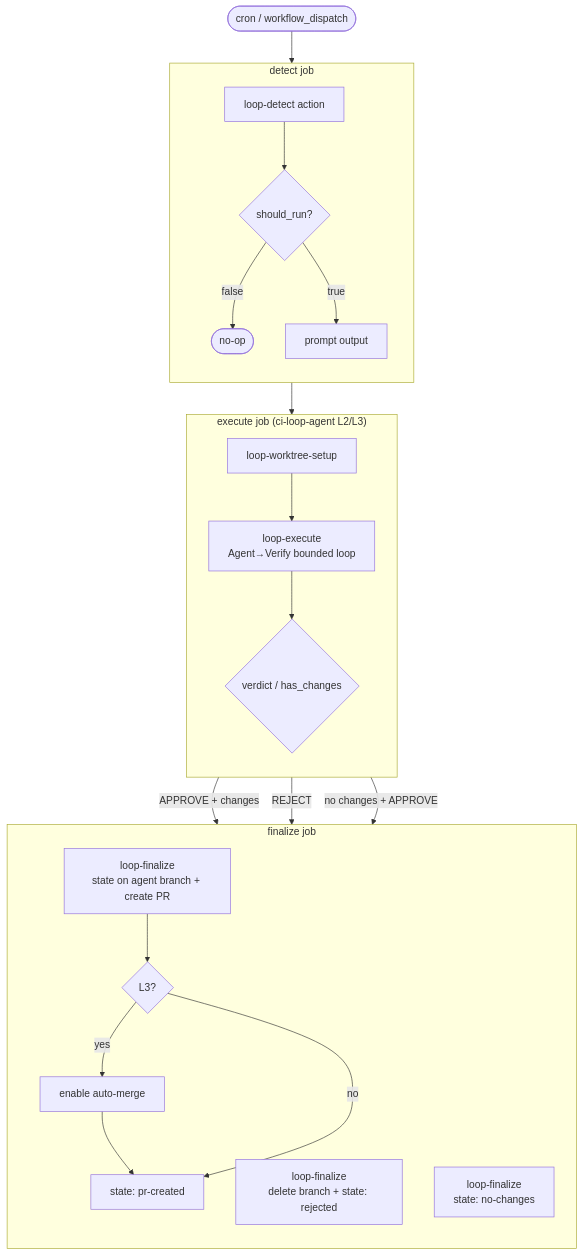
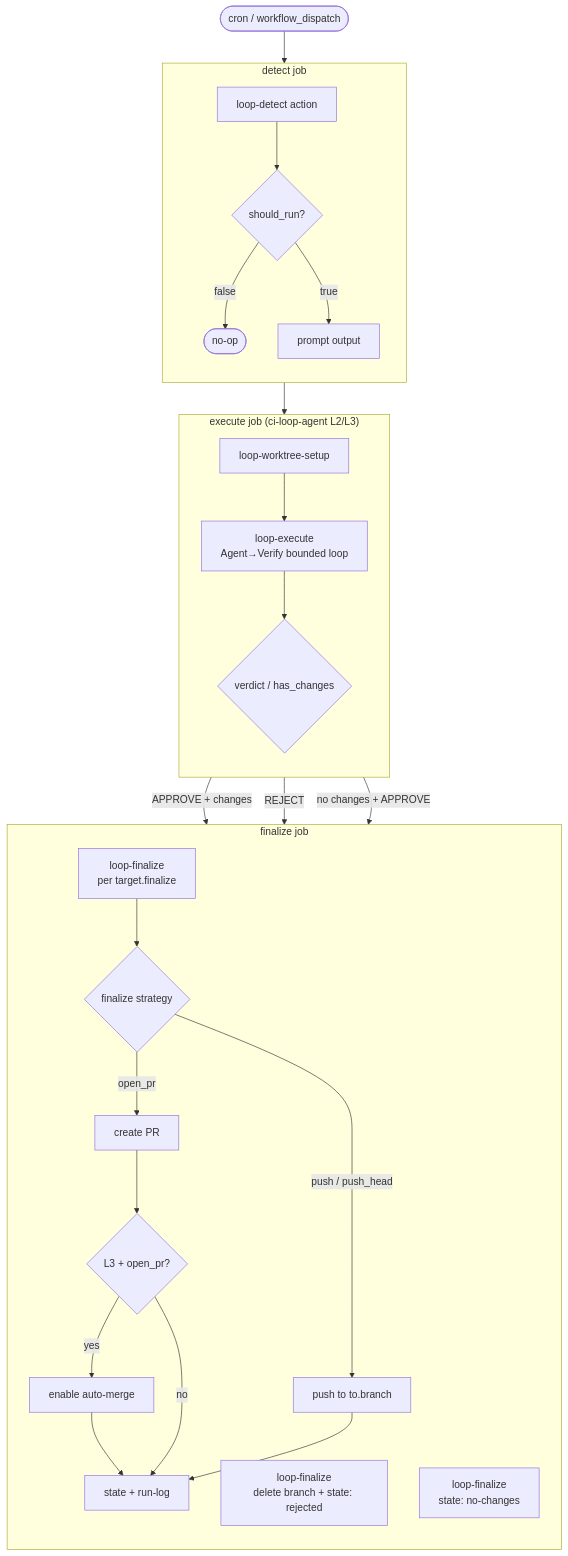
One commit to y-miyazaki/config changed the first of 3 diagrams in docs/explanation/loop-engineering-design.md. Above: the diagram before and after it, drawn with Mermaid. The commit also changed other lines of this file and 160 other files, not shown here.

````diff
--- a/docs/explanation/loop-engineering-design.md
+++ b/docs/explanation/loop-engineering-design.md
@@ -108,35 +126,39 @@
 ```mermaid
 flowchart TD
     %% Trigger
     trigger([cron / workflow_dispatch]) --> detect
 
     %% Detect Job
     subgraph detect["detect job"]
         direction TB
         D1[loop-detect action] --> D2{should_run?}
         D2 -->|false| D_END([no-op])
         D2 -->|true| D3[prompt output]
     end
 
     %% Execute Job (ci-loop-agent L2/L3)
     D3 --> execute
     subgraph execute["execute job (ci-loop-agent L2/L3)"]
         direction TB
         A1[loop-worktree-setup] --> A2[loop-execute<br/>Agent→Verify bounded loop]
         A2 --> A3{verdict / has_changes}
     end
 
     %% Finalize Job
     A3 -->|APPROVE + changes| finalize_approve
     A3 -->|REJECT| finalize_reject
     A3 -->|no changes + APPROVE| finalize_no
 
     subgraph finalize["finalize job"]
         direction TB
-        finalize_approve[loop-finalize<br/>state on agent branch + create PR] --> F_AUTO{L3?}
-        F_AUTO -->|yes| F_MERGE[enable auto-merge] --> F_STATE[state: pr-created]
+        finalize_approve[loop-finalize<br/>per target.finalize] --> F_STRAT{finalize strategy}
+        F_STRAT -->|open_pr| F_PR[create PR]
+        F_STRAT -->|push / push_head| F_PUSH[push to to.branch]
+        F_PR --> F_AUTO{L3 + open_pr?}
+        F_AUTO -->|yes| F_MERGE[enable auto-merge] --> F_STATE[state + run-log]
         F_AUTO -->|no| F_STATE
+        F_PUSH --> F_STATE
         finalize_reject[loop-finalize<br/>delete branch + state: rejected]
         finalize_no[loop-finalize<br/>state: no-changes]
     end
 ```
````
